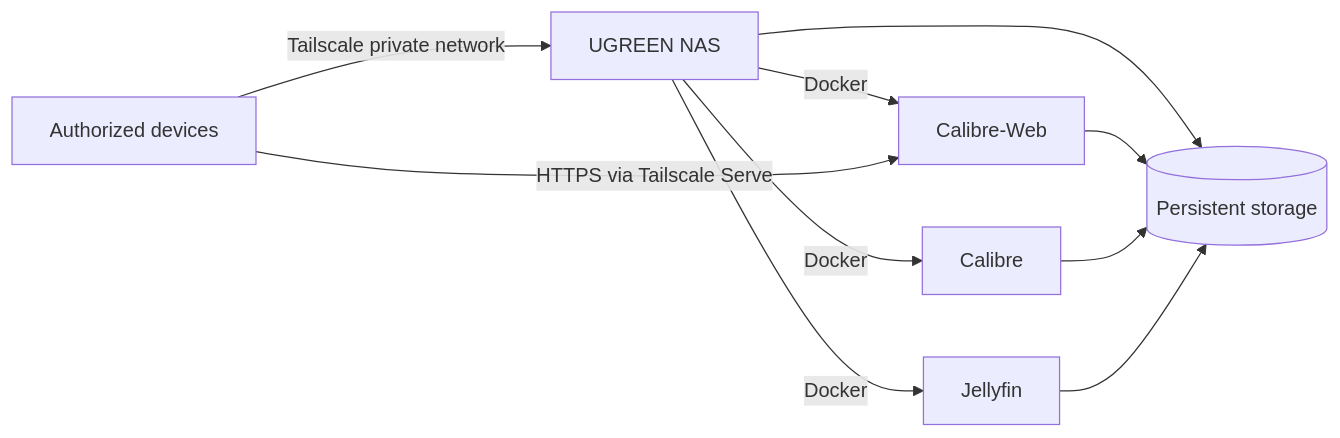
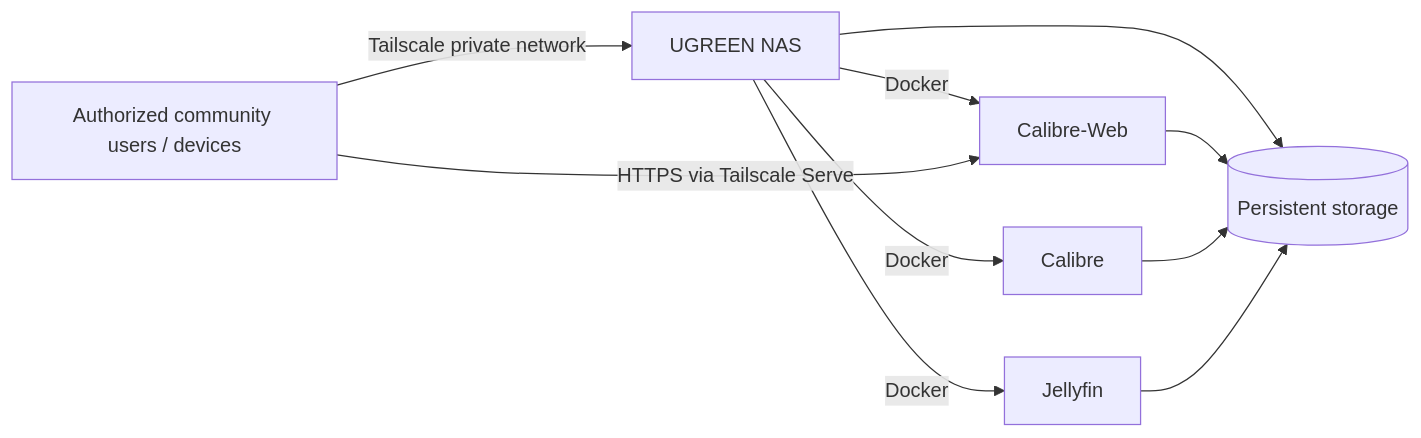
Before and after one commit to lux042/homelab: the diagram in architecture/README.md, drawn with Mermaid. The commit also changed other lines of this file, not shown here.

Commit message:
Clarify community-facing mission and access boundaries

````diff
--- a/architecture/README.md
+++ b/architecture/README.md
@@ -5,12 +5,12 @@
 ```mermaid
 flowchart LR
-    Clients[Authorized devices] -->|Tailscale private network| Host[UGREEN NAS]
+    Clients[Authorized community users / devices] -->|Tailscale private network| Host[UGREEN NAS]
     Host -->|Docker| CW[Calibre-Web]
     Host -->|Docker| C[Calibre]
     Host -->|Docker| J[Jellyfin]
     Host --> Vol[(Persistent storage)]
     CW --> Vol
     C --> Vol
     J --> Vol
     Clients -->|HTTPS via Tailscale Serve| CW
 ```
````
